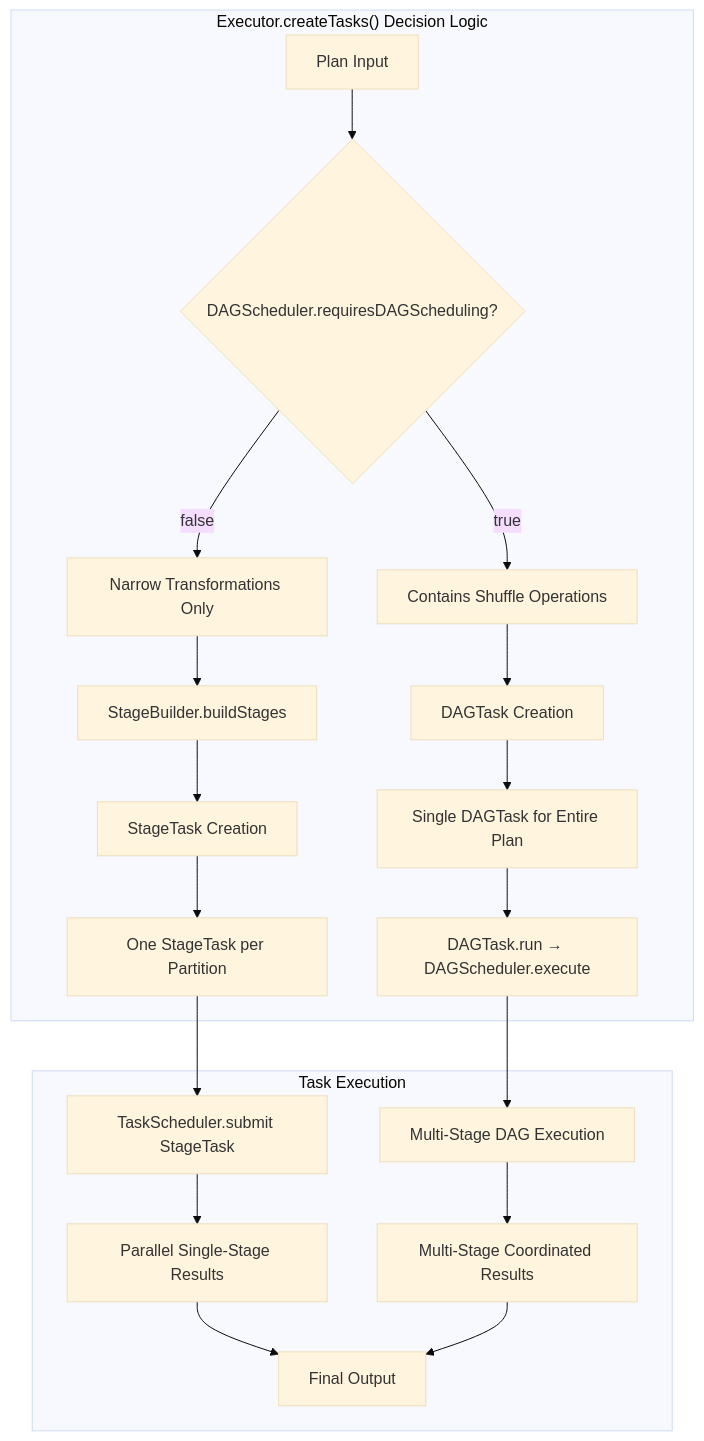
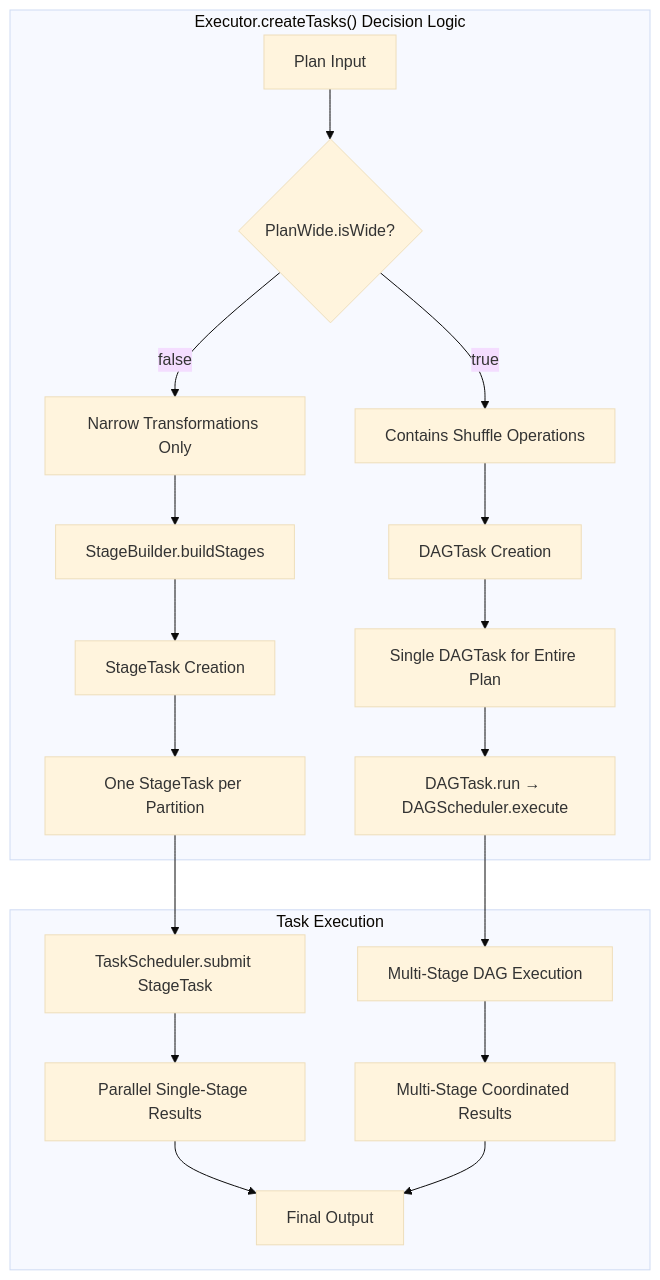
One commit to ewoodbury/scarlet changed the second of 9 diagrams in docs/DAGScheduler.md. Above: the diagram before and after it, drawn with Mermaid (base theme). The commit also changed other lines of this file and 13 other files, not shown here.

````diff
--- a/docs/DAGScheduler.md
+++ b/docs/DAGScheduler.md
@@ -60,27 +60,27 @@
 ```mermaid
 graph TD
     subgraph "Executor.createTasks() Decision Logic"
-        A[Plan Input] --> B{DAGScheduler.requiresDAGScheduling?}
+        A[Plan Input] --> B{PlanWide.isWide?}
         B -->|false| C[Narrow Transformations Only]
         B -->|true| D[Contains Shuffle Operations]
         
         C --> E[StageBuilder.buildStages]
         E --> F[StageTask Creation]
         F --> G[One StageTask per Partition]
         
         D --> H[DAGTask Creation] 
         H --> I[Single DAGTask for Entire Plan]
         I --> J[DAGTask.run → DAGScheduler.execute]
     end
     
     subgraph "Task Execution"
         G --> K[TaskScheduler.submit StageTask]
         J --> L[Multi-Stage DAG Execution]
         
         K --> M[Parallel Single-Stage Results]
         L --> N[Multi-Stage Coordinated Results]
         
         M --> O[Final Output]
         N --> O
     end
 ```
````
